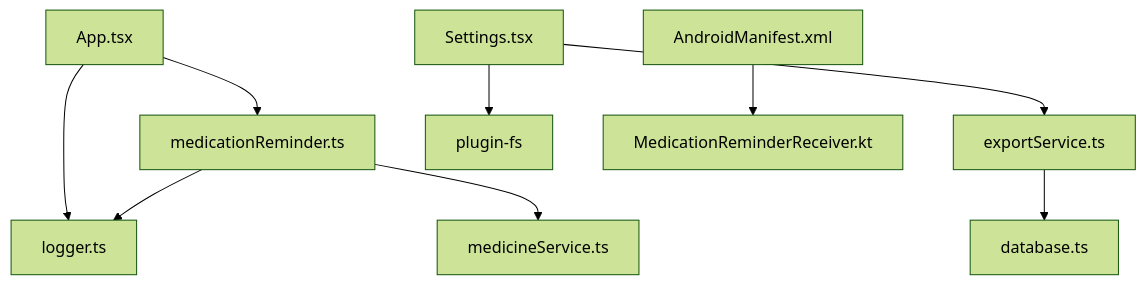
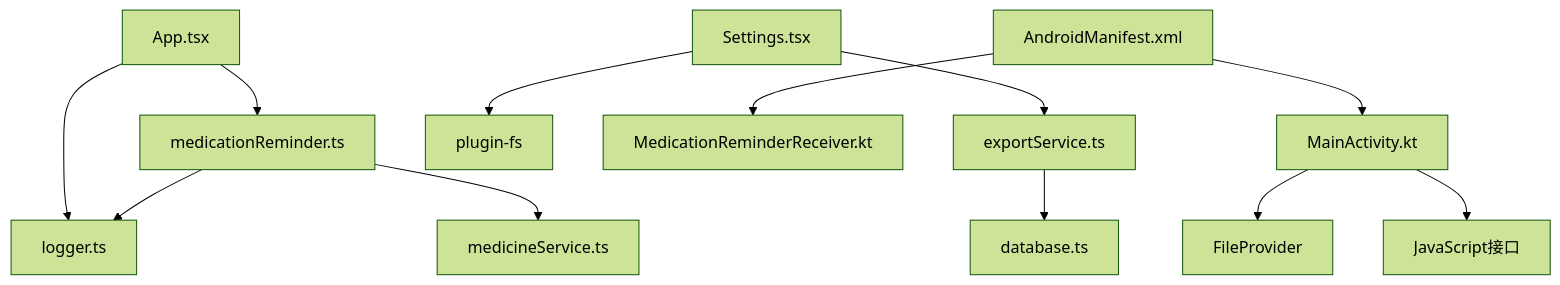
The seventh of 7 diagrams in .qoder/repowiki/zh/content/系统集成/系统集成.md (yn-zxj/Assetly), drawn with Mermaid (forest theme) before and after one commit. The commit also changed other lines of this file and 14 other files, not shown here.

````diff
--- a/.qoder/repowiki/zh/content/系统集成/系统集成.md
+++ b/.qoder/repowiki/zh/content/系统集成/系统集成.md
@@ -292,11 +323,14 @@
 ```mermaid
 graph TB
 App["App.tsx"] --> Logger["logger.ts"]
 App --> Reminder["medicationReminder.ts"]
 Reminder --> Meds["medicineService.ts"]
 Reminder --> Logger
 Settings["Settings.tsx"] --> Export["exportService.ts"]
 Settings --> FS["plugin-fs"]
 Export --> DB["database.ts"]
 Android["AndroidManifest.xml"] --> Receiver["MedicationReminderReceiver.kt"]
+Android --> Main["MainActivity.kt"]
+Main --> Provider["FileProvider"]
+Main --> JS["JavaScript接口"]
 ```
````
